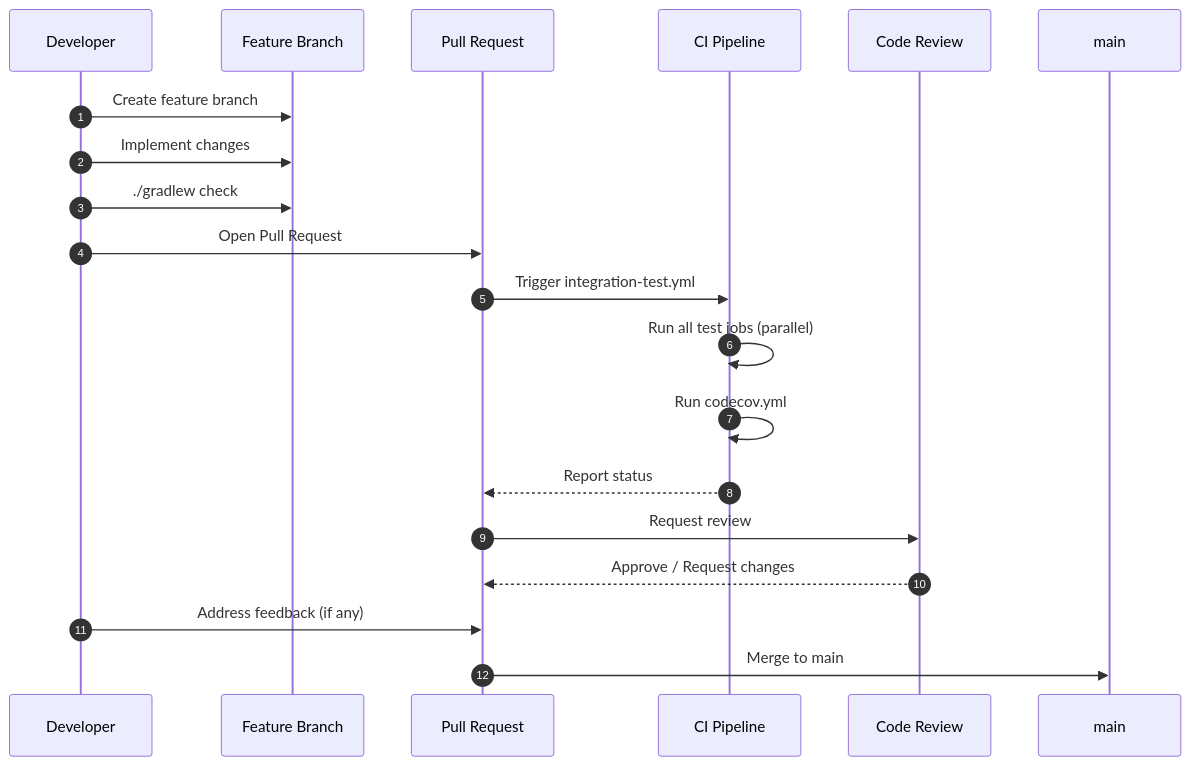
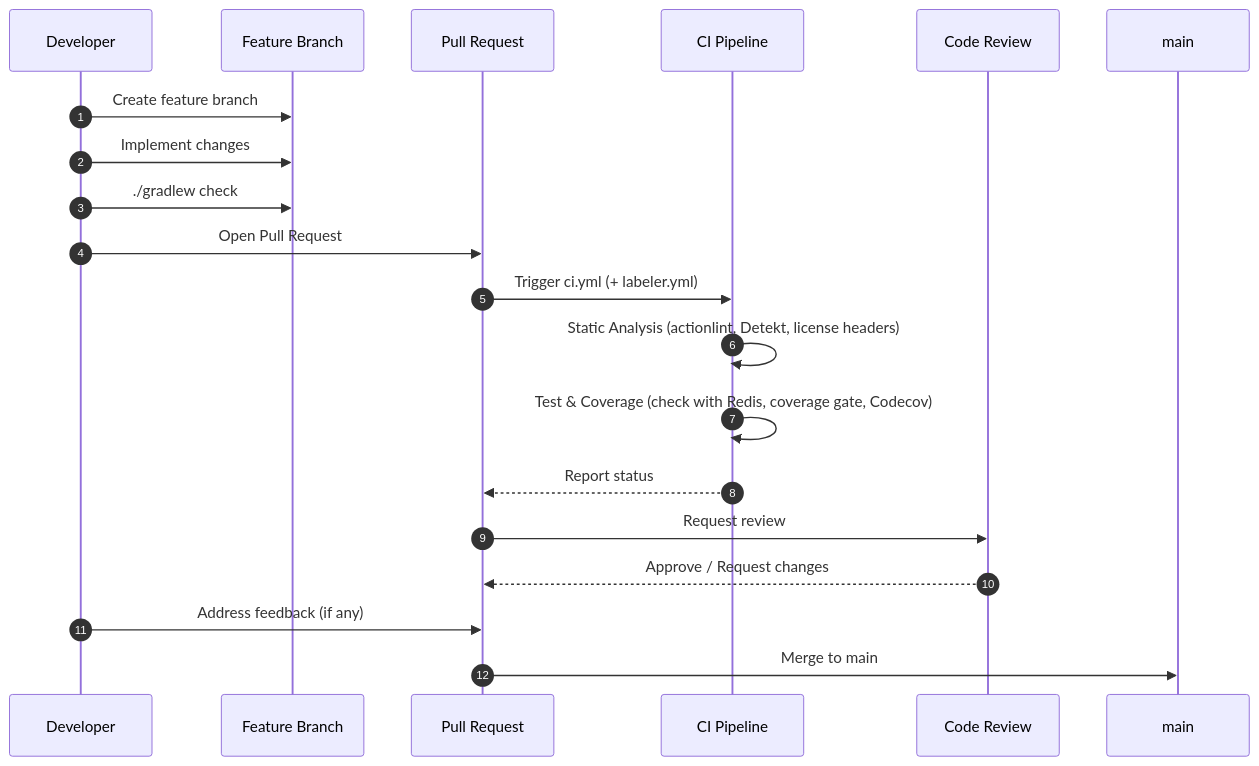
One commit to Ahoo-Wang/CoCache changed the fifth of 5 diagrams in wiki/building/contributing.md. Above: the diagram before and after it, drawn with Mermaid. The commit also changed 19 other files, not shown here.

````diff
--- a/wiki/building/contributing.md
+++ b/wiki/building/contributing.md
@@ -346,23 +346,23 @@
 ```mermaid
 sequenceDiagram
 autonumber
     participant Dev as Developer
     participant Branch as Feature Branch
     participant PR as Pull Request
     participant CI as CI Pipeline
     participant Review as Code Review
     participant Main as main
 
     Dev->>Branch: Create feature branch
     Dev->>Branch: Implement changes
     Dev->>Branch: ./gradlew check
     Dev->>PR: Open Pull Request
-    PR->>CI: Trigger integration-test.yml
-    CI->>CI: Run all test jobs (parallel)
-    CI->>CI: Run codecov.yml
+    PR->>CI: Trigger ci.yml (+ labeler.yml)
+    CI->>CI: Static Analysis (actionlint, Detekt, license headers)
+    CI->>CI: Test & Coverage (check with Redis, coverage gate, Codecov)
     CI-->>PR: Report status
     PR->>Review: Request review
     Review-->>PR: Approve / Request changes
     Dev->>PR: Address feedback (if any)
     PR->>Main: Merge to main
 ```
````
